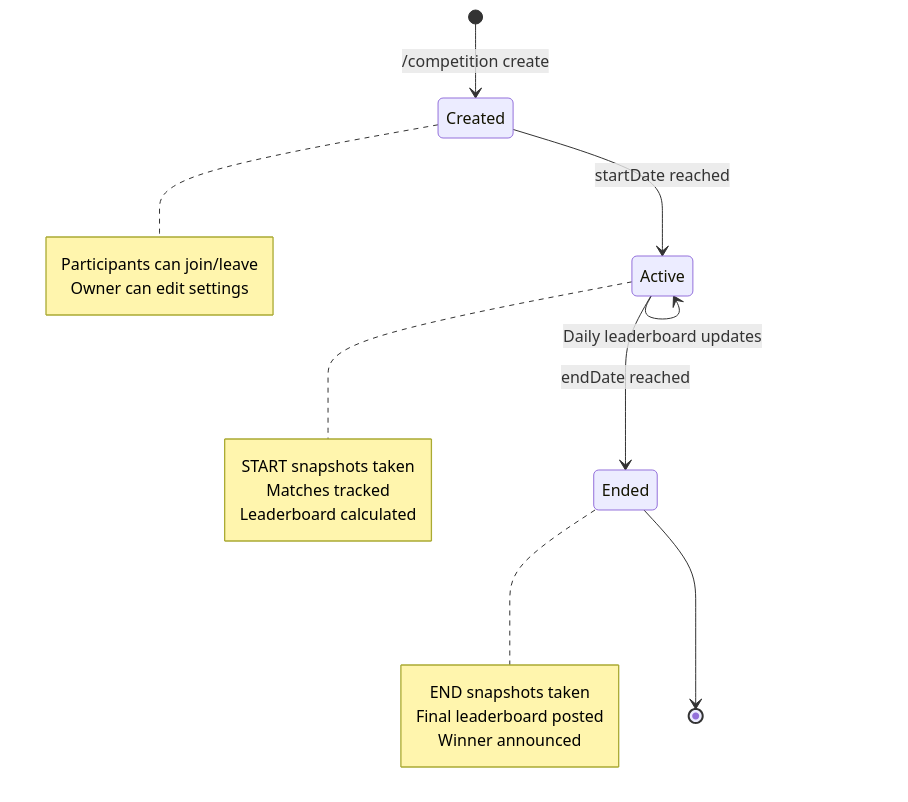
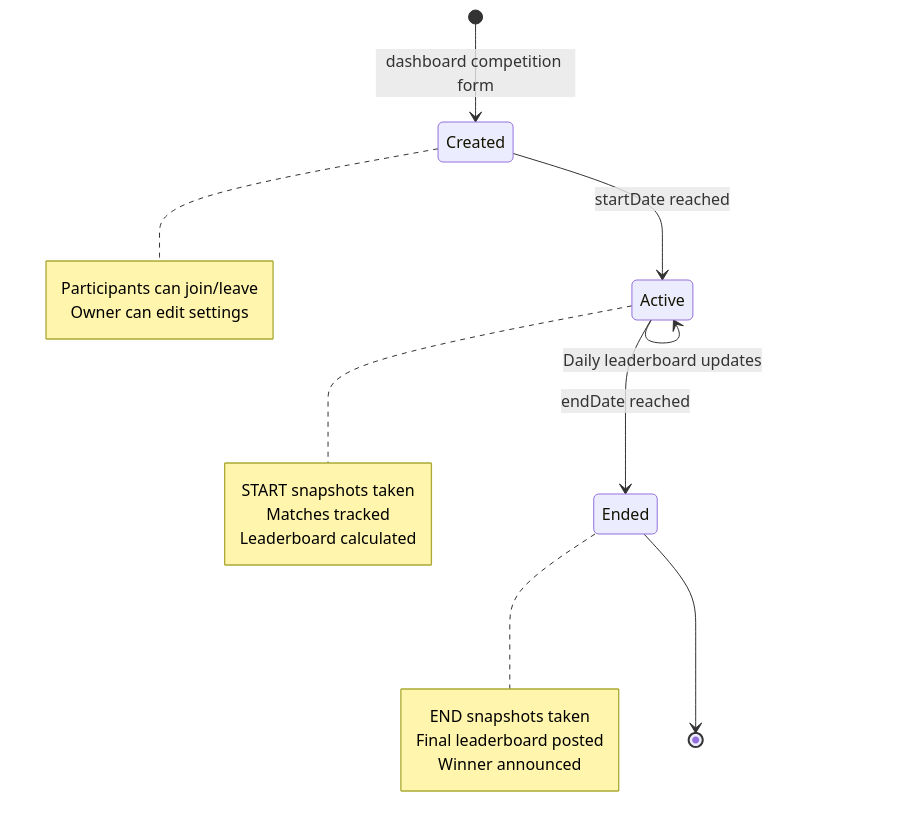
Before and after one commit to shepherdjerred/monorepo: the fourth of 8 diagrams in packages/scout-for-lol/docs/architecture.md, drawn with Mermaid. The commit also changed 148 other files, not shown here.

````diff
--- a/packages/scout-for-lol/docs/architecture.md
+++ b/packages/scout-for-lol/docs/architecture.md
@@ -137,26 +137,26 @@
 ```mermaid
 stateDiagram-v2
-    [*] --> Created: /competition create
+    [*] --> Created: dashboard competition form
 
     Created --> Active: startDate reached
     note right of Created
         Participants can join/leave
         Owner can edit settings
     end note
 
     Active --> Active: Daily leaderboard updates
     note right of Active
         START snapshots taken
         Matches tracked
         Leaderboard calculated
     end note
 
     Active --> Ended: endDate reached
     note right of Ended
         END snapshots taken
         Final leaderboard posted
         Winner announced
     end note
 
     Ended --> [*]
 ```
````
